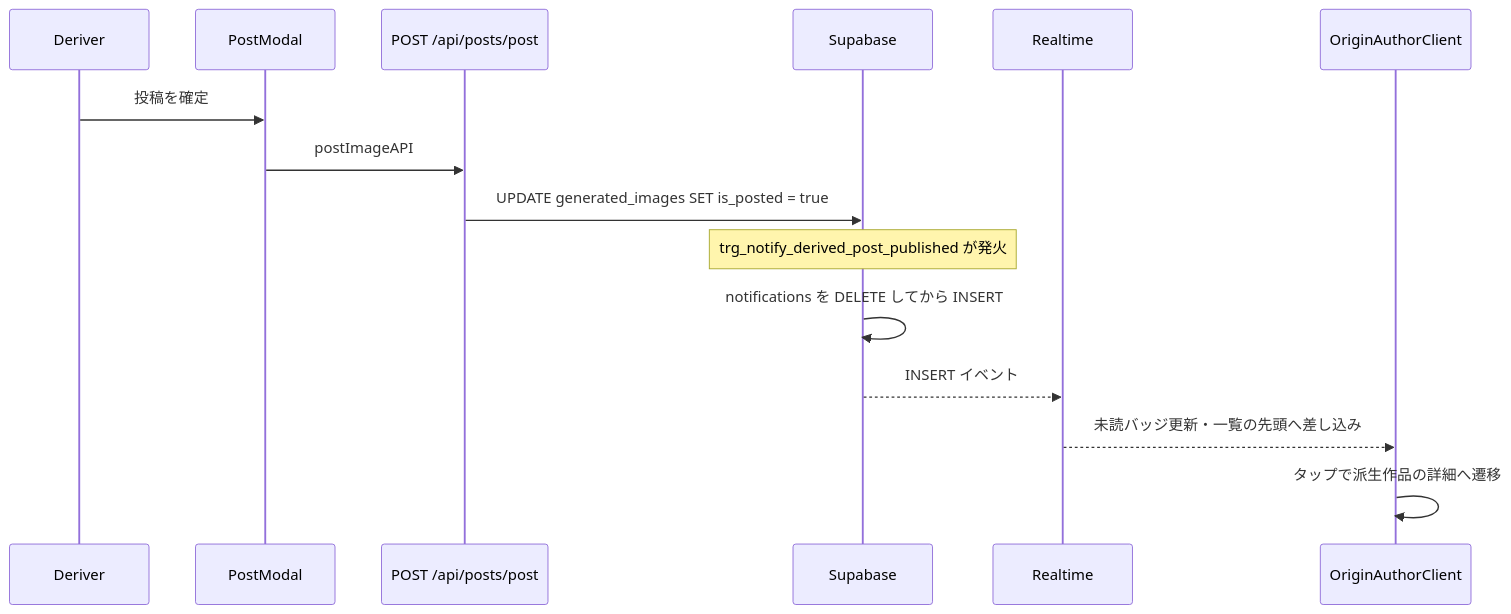
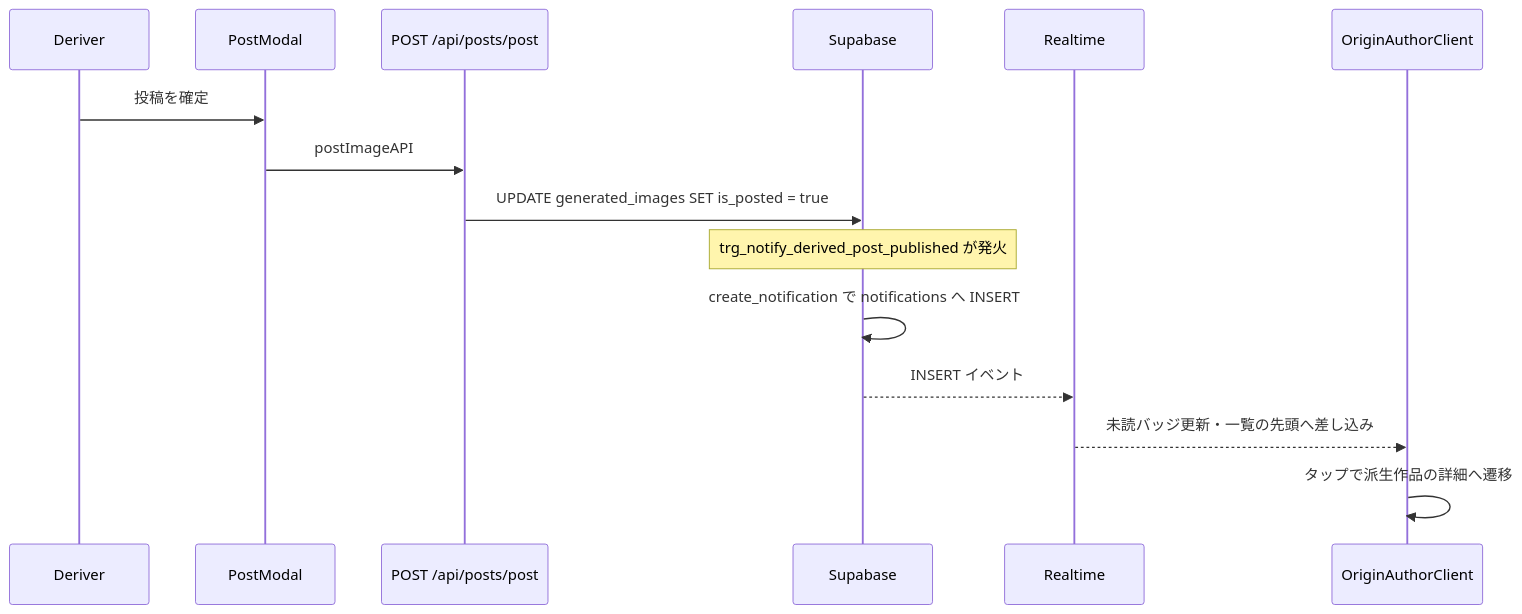
One commit to 3balljugglerYu/ai_coordinate changed the second of 3 diagrams in docs/planning/derived-post-notification-implementation-plan.md. Above: the diagram before and after it, drawn with Mermaid. The commit also changed other lines of this file, not shown here.

````diff
--- a/docs/planning/derived-post-notification-implementation-plan.md
+++ b/docs/planning/derived-post-notification-implementation-plan.md
@@ -93,18 +89,18 @@
 ```mermaid
 sequenceDiagram
     participant U as Deriver
     participant PM as PostModal
     participant API as POST /api/posts/post
     participant DB as Supabase
     participant RT as Realtime
     participant OA as OriginAuthorClient
 
     U->>PM: 投稿を確定
     PM->>API: postImageAPI
     API->>DB: UPDATE generated_images SET is_posted = true
     Note over DB: trg_notify_derived_post_published が発火
-    DB->>DB: notifications を DELETE してから INSERT
+    DB->>DB: create_notification で notifications へ INSERT
     DB-->>RT: INSERT イベント
     RT-->>OA: 未読バッジ更新・一覧の先頭へ差し込み
     OA->>OA: タップで派生作品の詳細へ遷移
 ```
````
